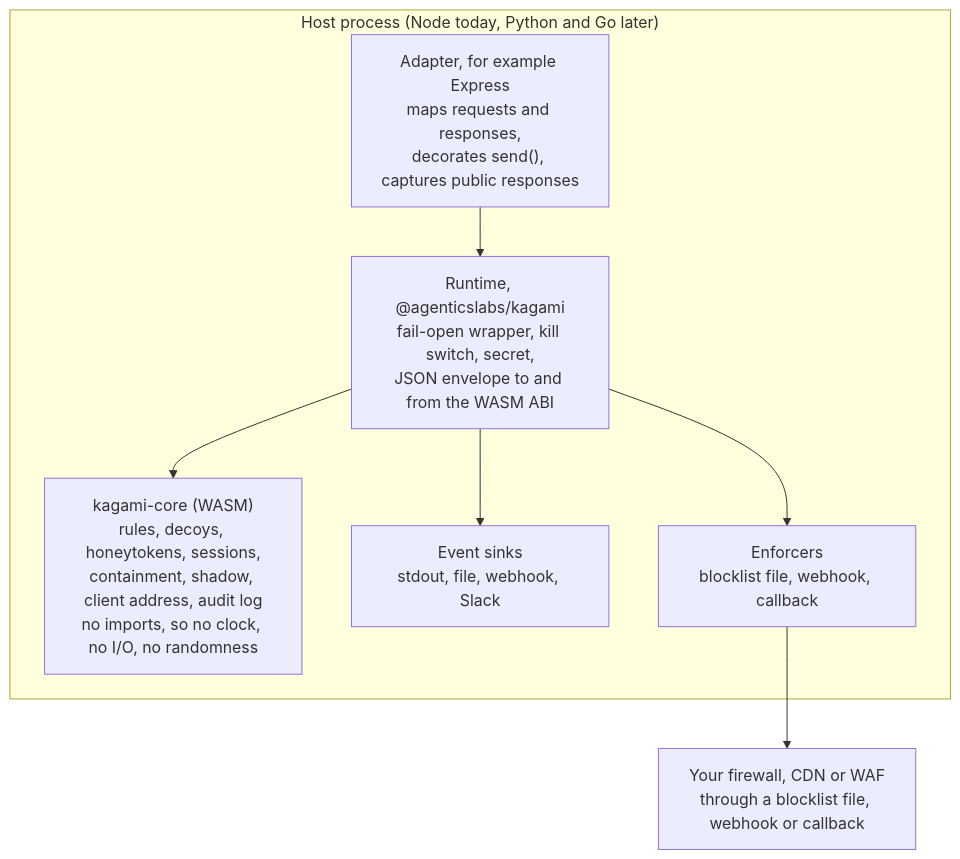
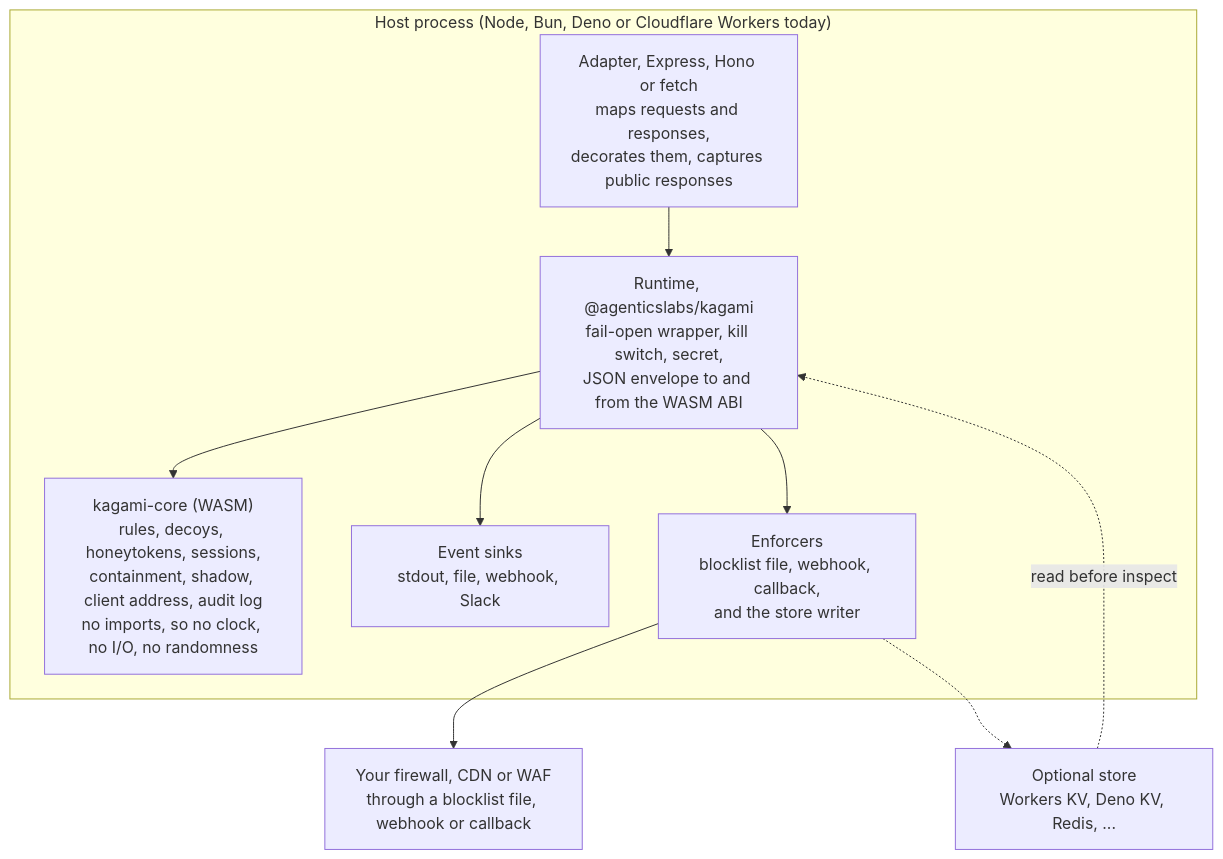
The diagram in docs/DESIGN.md (agenticslabs-xyz/lurensic), drawn with Mermaid before and after one commit. The commit also changed other lines of this file and 15 other files, not shown here.

First line of the commit message:
Document every setup path, the store and what each host supports

````diff
--- a/docs/DESIGN.md
+++ b/docs/DESIGN.md
@@ -50,14 +50,16 @@
 ```mermaid
 flowchart TB
-    subgraph host["Host process (Node today, Python and Go later)"]
-        AD["Adapter, for example Express<br/>maps requests and responses,<br/>decorates send(), captures public responses"]
+    subgraph host["Host process (Node, Bun, Deno or Cloudflare Workers today)"]
+        AD["Adapter, Express, Hono or fetch<br/>maps requests and responses,<br/>decorates them, captures public responses"]
         RT["Runtime, @agenticslabs/kagami<br/>fail-open wrapper, kill switch, secret,<br/>JSON envelope to and from the WASM ABI"]
         CORE["kagami-core (WASM)<br/>rules, decoys, honeytokens, sessions,<br/>containment, shadow, client address, audit log<br/>no imports, so no clock, no I/O, no randomness"]
         SINKS["Event sinks<br/>stdout, file, webhook, Slack"]
-        ENF["Enforcers<br/>blocklist file, webhook, callback"]
+        ENF["Enforcers<br/>blocklist file, webhook, callback,<br/>and the store writer"]
         AD --> RT --> CORE
         RT --> SINKS
         RT --> ENF
     end
     ENF --> FW["Your firewall, CDN or WAF<br/>through a blocklist file, webhook or callback"]
+    ENF -.-> ST["Optional store<br/>Workers KV, Deno KV, Redis, ..."]
+    ST -.->|"read before inspect"| RT
 ```
````
